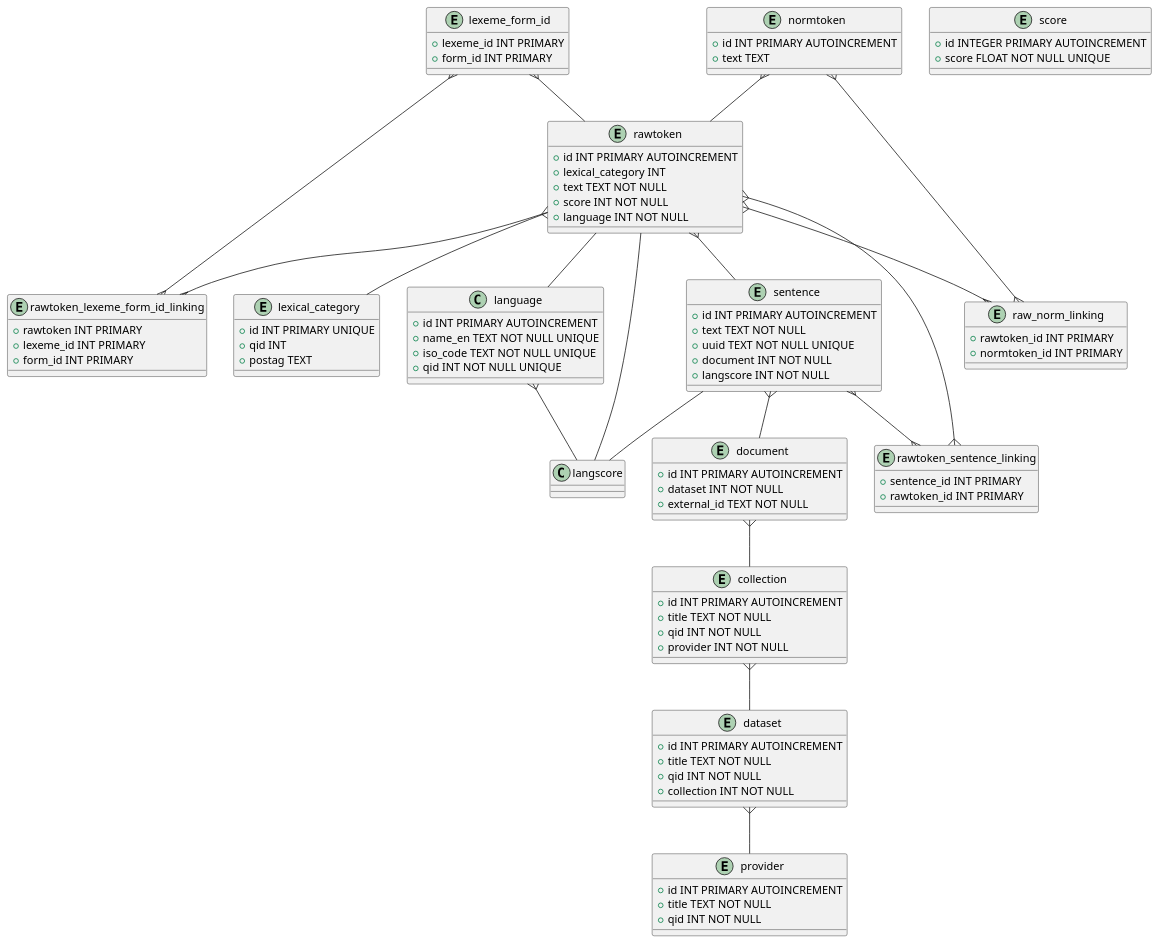
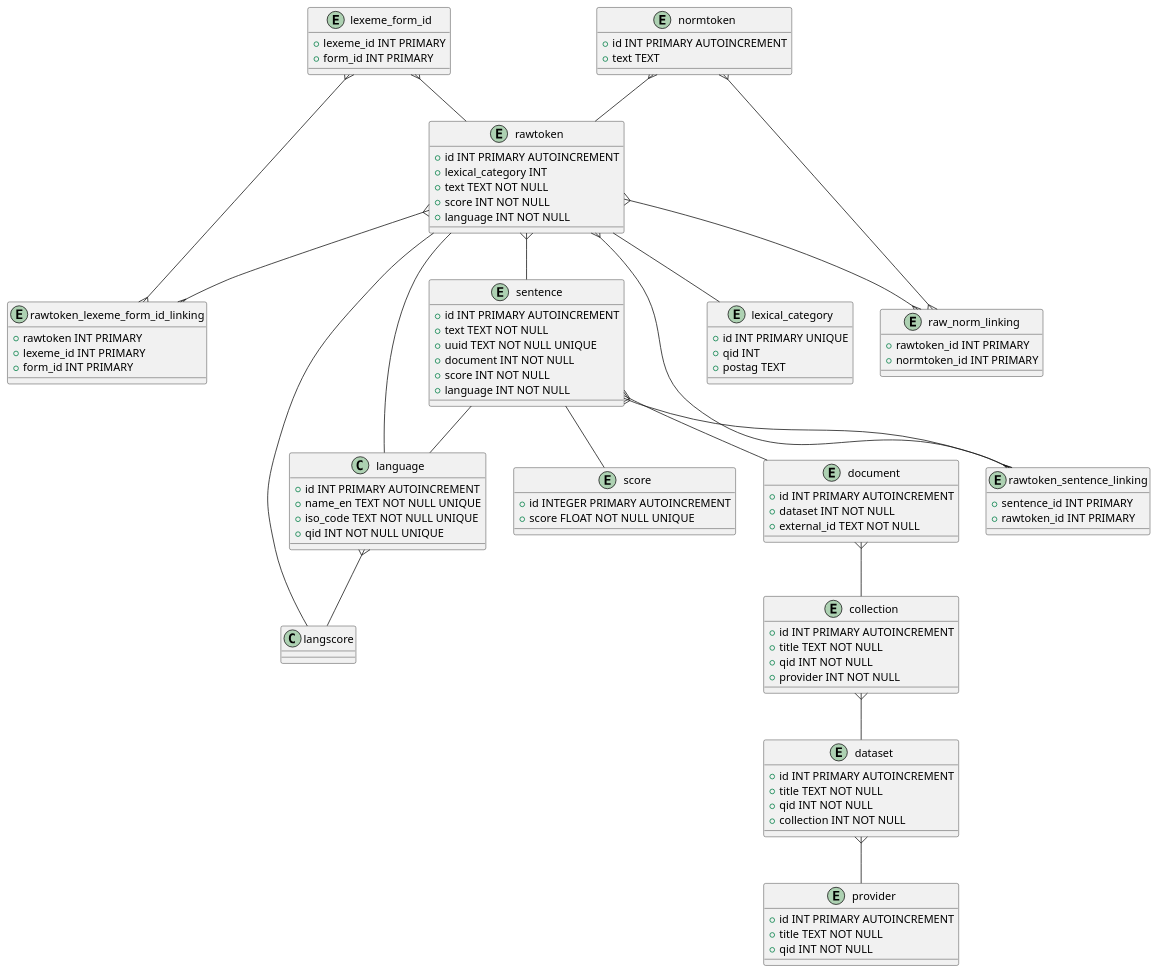
One commit to dpriskorn/riksdagen_sentences changed the diagram in diagrams/datamodel.puml. Above: the diagram before and after it, drawn with PlantUML. The commit also changed 2 other files, not shown here.

```diff
--- a/diagrams/datamodel.puml
+++ b/diagrams/datamodel.puml
@@ -1,133 +1,135 @@
 @startuml
 '' Store information about token, lexical category and
 
 '' This is needed to distinguish forms
 '' VERB and AUX link to the same qid
 entity lexical_category {
     + id INT PRIMARY UNIQUE
     + qid INT
     + postag TEXT
 }
 
 '' The ISO 639-1 code is stored like in the yml like so: 'en'
 class language {
     + id INT PRIMARY AUTOINCREMENT
     + name_en TEXT NOT NULL UNIQUE
     + iso_code TEXT NOT NULL UNIQUE
     + qid INT NOT NULL UNIQUE
 }
 '' e.g. Riksdagenförvaltningen Q10655176)
 entity provider {
     + id INT PRIMARY AUTOINCREMENT
     + title TEXT NOT NULL
     + qid INT NOT NULL
 }
 '' e.g. Riksdagens öppna data Q108560253
 '' QID for this term: Q59294700
 entity collection {
     + id INT PRIMARY AUTOINCREMENT
     + title TEXT NOT NULL
     + qid INT NOT NULL
     + provider INT NOT NULL
 }
 
 '' dataset is e.g. departementserien Q123501464
 entity dataset {
     + id INT PRIMARY AUTOINCREMENT
     + title TEXT NOT NULL
     + qid INT NOT NULL
     + collection INT NOT NULL
 }
 
 '' e.g. GNB465, see https://www.riksdagen.se/sv/dokument-och-lagar/dokument/departementsserien/ds-1999-65-_gnb465/
 entity document {
     + id INT PRIMARY AUTOINCREMENT
     + dataset INT NOT NULL
     + external_id TEXT NOT NULL
 }
 
 '' sentences is detected by the spaCy NLP
 entity sentence {
     + id INT PRIMARY AUTOINCREMENT
     + text TEXT NOT NULL
     + uuid TEXT NOT NULL UNIQUE
     + document INT NOT NULL
-    + langscore INT NOT NULL
+    + score INT NOT NULL
+    + language INT NOT NULL
 }
 
 '' linking table
 entity rawtoken_sentence_linking {
     + sentence_id INT PRIMARY
     + rawtoken_id INT PRIMARY
 }
 
 '' lexeme form ids can be matched later on to forms
 entity lexeme_form_id {
     + lexeme_id INT PRIMARY
     + form_id INT PRIMARY
 }
 
 '' linking table
 entity rawtoken_lexeme_form_id_linking {
     + rawtoken INT PRIMARY
     + lexeme_id INT PRIMARY
     + form_id INT PRIMARY
 }
 
 '' raw tokens appear in sentences as output form the NLP and have a lexical category
 '' they have a composite primary key hardcoding them to a specific lexical category
 '' text + lexical_category_id + language = UNIQUE
 entity rawtoken {
     + id INT PRIMARY AUTOINCREMENT
     + lexical_category INT
     + text TEXT NOT NULL
     + score INT NOT NULL
     + language INT NOT NULL
 }
 
 '' This prevents duplication of scores in the database on every token and sentence
 entity score {
     + id INTEGER PRIMARY AUTOINCREMENT
     + score FLOAT NOT NULL UNIQUE
 }
 
 '' normalized tokens are derived from raw tokens and have no lexical category
 '' They help users who want to lookup variations of any given token
 '' e.g. the form Hus has the normalized token hus
 '' e.g. the form statsminister has the normalized token statsminister
 entity normtoken {
     + id INT PRIMARY AUTOINCREMENT
     + text TEXT
 }
 
 '' link table between forms and normalized tokens
 entity raw_norm_linking {
     + rawtoken_id INT PRIMARY
     + normtoken_id INT PRIMARY
 }
 
 
 ' one to many:
 lexeme_form_id }-- rawtoken
 normtoken }-- rawtoken
 rawtoken }-- sentence
 sentence }-- document
 document }-- collection
 collection }-- dataset
 dataset }-- provider
 language }-- langscore
 
 ' one to one
-sentence -- langscore
+sentence -- score
+sentence -- language
 rawtoken -- lexical_category
 rawtoken -- langscore
 rawtoken -- language
 
 ' many to many
 rawtoken }--{ raw_norm_linking
 normtoken }--{ raw_norm_linking
 rawtoken }--{ rawtoken_sentence_linking
 sentence }--{ rawtoken_sentence_linking
 rawtoken }--{ rawtoken_lexeme_form_id_linking
 lexeme_form_id }--{ rawtoken_lexeme_form_id_linking
 @enduml
```
